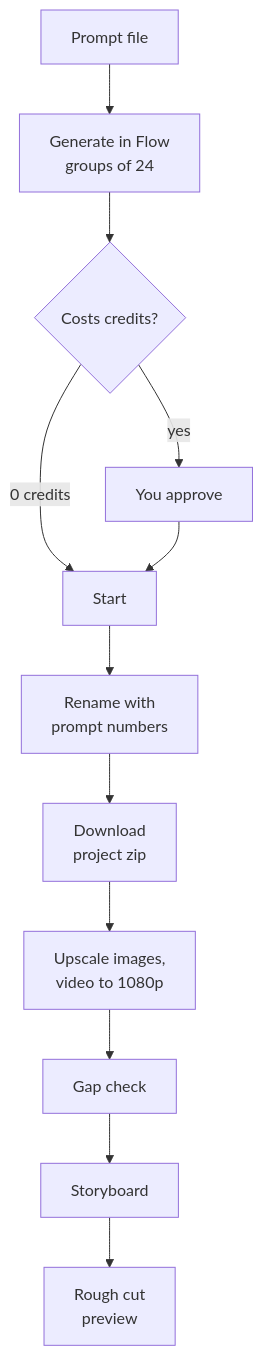
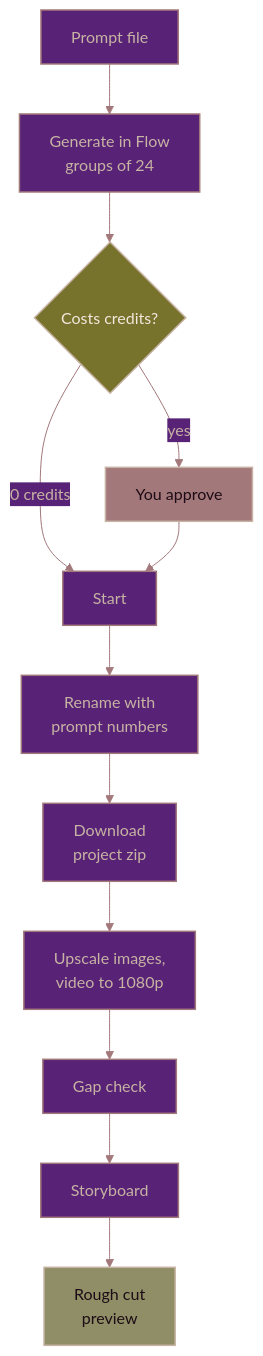
One commit to jenny-gecglr/google-flow-video-image-generator changed the diagram in README.md. Above: the diagram before and after it, drawn with Mermaid. The commit also changed other lines of this file and 2 other files, not shown here.

Commit message:
Add Flow-generated banner, credits and themed diagram

````diff
--- a/README.md
+++ b/README.md
@@ -21,14 +21,23 @@
 ```mermaid
+%%{init: {"theme":"base","themeVariables":{"fontFamily":"Georgia, serif","primaryColor":"#582377","primaryTextColor":"#C7B3A3","primaryBorderColor":"#A3787B","lineColor":"#A3787B","tertiaryTextColor":"#C7B3A3","edgeLabelBackground":"#582377"}}}%%
 flowchart TD
     A["Prompt file"] --> B["Generate in Flow<br/>groups of 24"]
     B --> C{"Costs credits?"}
     C -- yes --> D["You approve"]
     C -- "0 credits" --> E["Start"]
     D --> E
     E --> F["Rename with<br/>prompt numbers"]
     F --> G["Download<br/>project zip"]
     G --> H["Upscale images,<br/>video to 1080p"]
     H --> I["Gap check"]
     I --> J["Storyboard"]
     J --> K["Rough cut<br/>preview"]
+    classDef base fill:#582377,stroke:#A3787B,color:#C7B3A3,stroke-width:1.5px
+    classDef ask fill:#77732C,stroke:#C7B3A3,color:#F2E8DD,stroke-width:1.5px
+    classDef gate fill:#A3787B,stroke:#C7B3A3,color:#1D0C15,stroke-width:1.5px
+    classDef done fill:#8F8E66,stroke:#C7B3A3,color:#1D0C15,stroke-width:1.5px
+    class A,B,E,F,G,H,I,J base
+    class C ask
+    class D gate
+    class K done
 ```
````
